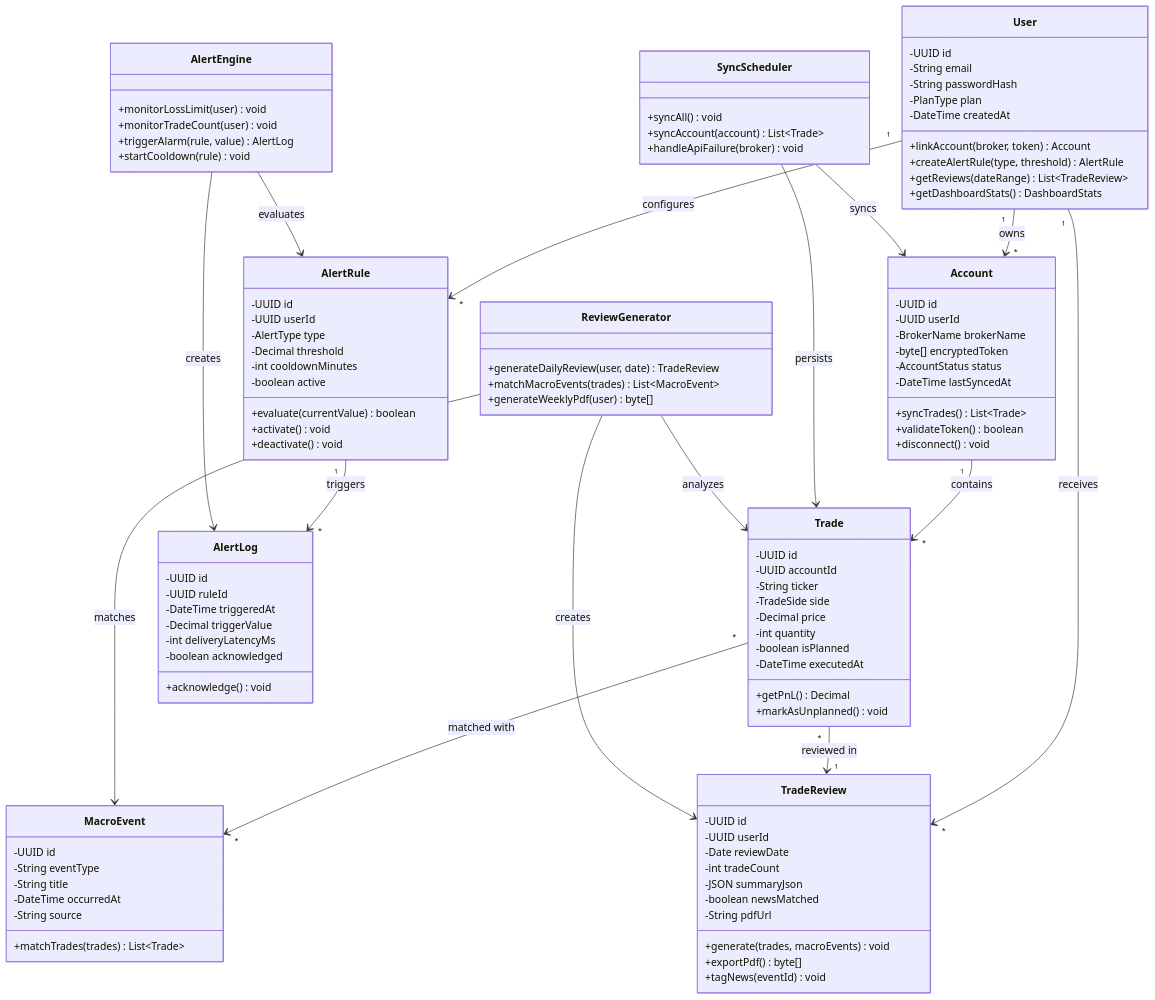
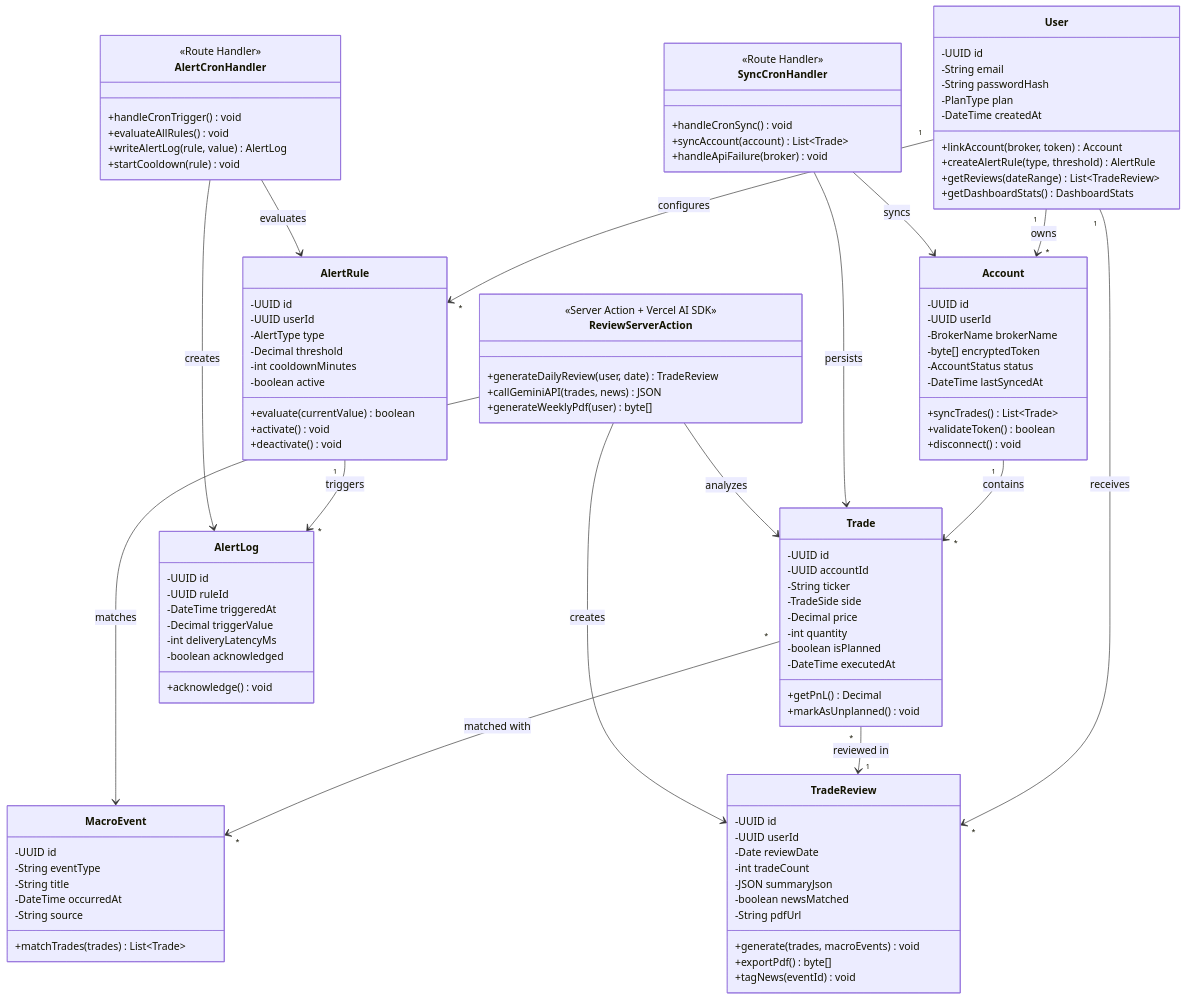
One commit to innovate5945/SRS-from-PRD-Youtuber changed the seventh of 10 diagrams in SRS-Drafts/SRS_v0_1_Opus.md. Above: the diagram before and after it, drawn with Mermaid. The commit also changed other lines of this file and 5 other files, not shown here.

````diff
--- a/SRS-Drafts/SRS_v0_1_Opus.md
+++ b/SRS-Drafts/SRS_v0_1_Opus.md
@@ -806,22 +785,25 @@
         +matchTrades(trades) List~Trade~
     }
 
-    class AlertEngine {
-        +monitorLossLimit(user) void
-        +monitorTradeCount(user) void
-        +triggerAlarm(rule, value) AlertLog
+    class AlertCronHandler {
+        <<Route Handler>>
+        +handleCronTrigger() void
+        +evaluateAllRules() void
+        +writeAlertLog(rule, value) AlertLog
         +startCooldown(rule) void
     }
 
-    class SyncScheduler {
-        +syncAll() void
+    class SyncCronHandler {
+        <<Route Handler>>
+        +handleCronSync() void
         +syncAccount(account) List~Trade~
         +handleApiFailure(broker) void
     }
 
-    class ReviewGenerator {
+    class ReviewServerAction {
+        <<Server Action + Vercel AI SDK>>
         +generateDailyReview(user, date) TradeReview
-        +matchMacroEvents(trades) List~MacroEvent~
+        +callGeminiAPI(trades, news) JSON
         +generateWeeklyPdf(user) byte[]
     }
 
@@ -832,11 +814,11 @@
     AlertRule "1" --> "*" AlertLog : triggers
     Trade "*" --> "*" MacroEvent : matched with
     Trade "*" --> "1" TradeReview : reviewed in
-    AlertEngine --> AlertRule : evaluates
-    AlertEngine --> AlertLog : creates
-    SyncScheduler --> Account : syncs
-    SyncScheduler --> Trade : persists
-    ReviewGenerator --> Trade : analyzes
-    ReviewGenerator --> MacroEvent : matches
-    ReviewGenerator --> TradeReview : creates
+    AlertCronHandler --> AlertRule : evaluates
+    AlertCronHandler --> AlertLog : creates
+    SyncCronHandler --> Account : syncs
+    SyncCronHandler --> Trade : persists
+    ReviewServerAction --> Trade : analyzes
+    ReviewServerAction --> MacroEvent : matches
+    ReviewServerAction --> TradeReview : creates
 ```
````
